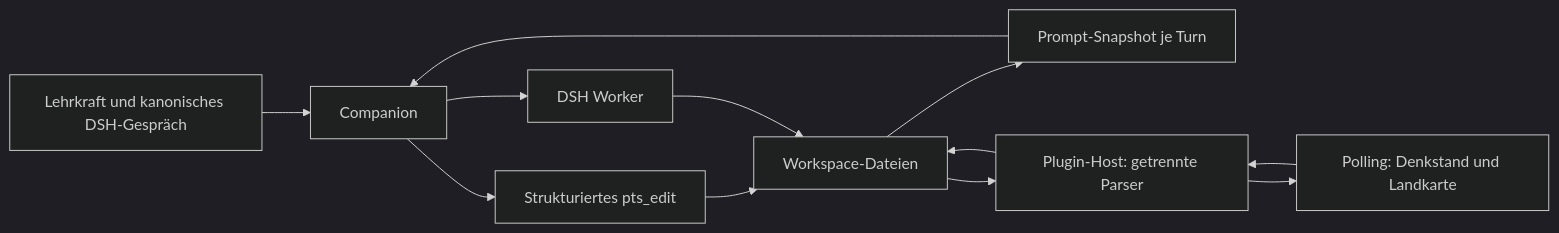
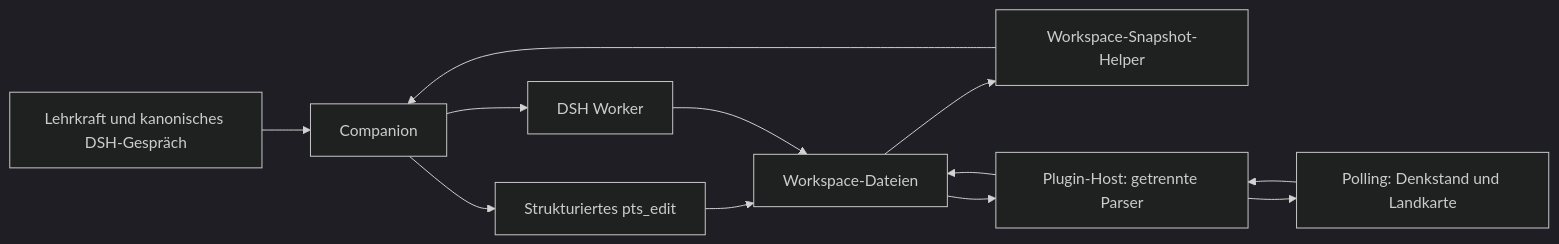
One commit to johappel/pedagogical-thinking-space changed the diagram in docs/architecture/TEACHING_PRODUCT_MIGRATION.md. Above: the diagram before and after it, drawn with Mermaid (dark theme). The commit also changed other lines of this file, not shown here.

````diff
--- a/docs/architecture/TEACHING_PRODUCT_MIGRATION.md
+++ b/docs/architecture/TEACHING_PRODUCT_MIGRATION.md
@@ -37,14 +37,14 @@
 ```mermaid
 flowchart LR
   T[Lehrkraft und kanonisches DSH-Gespräch] --> C[Companion]
   C --> E[Strukturiertes pts_edit]
   C --> W[DSH Worker]
   E --> F[Workspace-Dateien]
   W --> F
-  F --> S[Prompt-Snapshot je Turn]
+  F --> S[Workspace-Snapshot-Helper]
   S --> C
   F --> H[Plugin-Host: getrennte Parser]
   H --> P[Polling: Denkstand und Landkarte]
   P --> H
   H --> F
 ```
````
